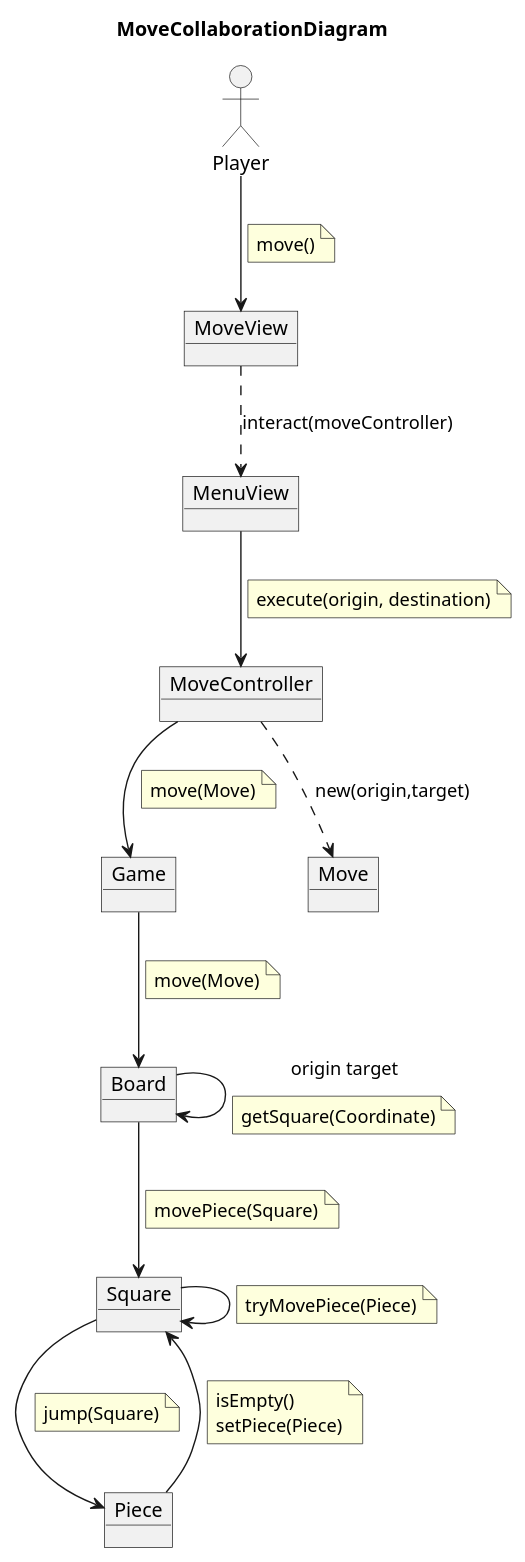
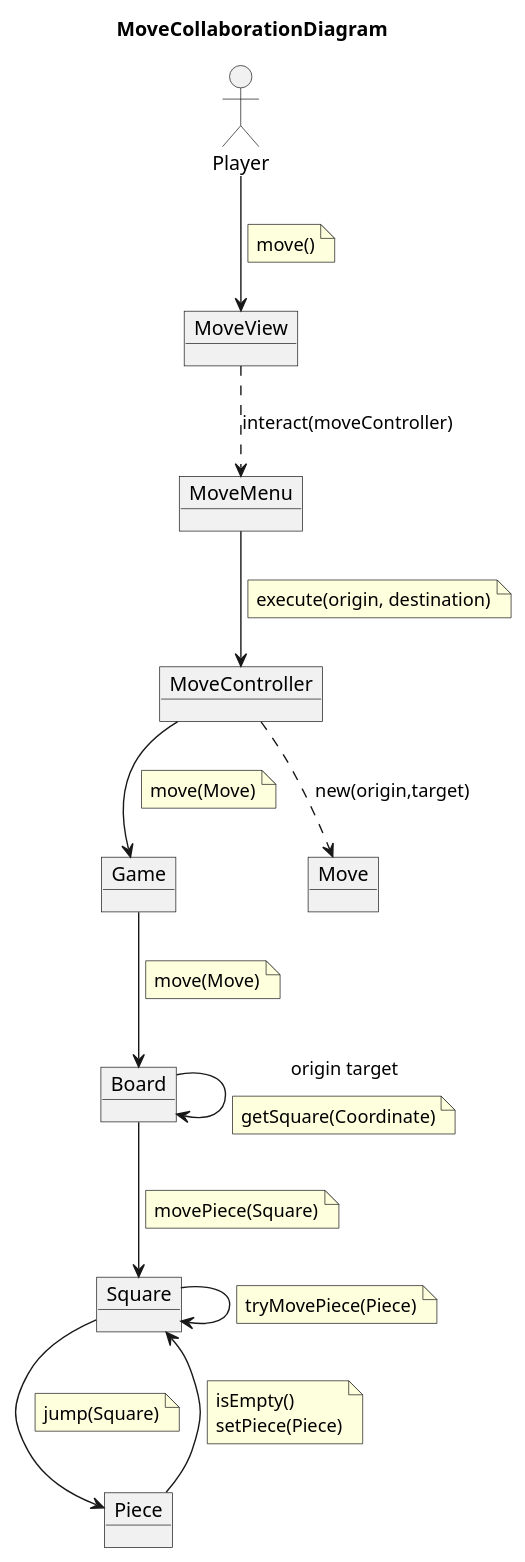
One commit to Master-Desarrollo-20-21/patrones-diseno---practica-final---juego-de-las-damas-fraylopez changed the diagram in docs/src/analysis/use-cases/move-colab.plantuml. Above: the diagram before and after it, drawn with PlantUML. The commit also changed 5 other files, not shown here.

```diff
--- a/docs/src/analysis/use-cases/move-colab.plantuml
+++ b/docs/src/analysis/use-cases/move-colab.plantuml
@@ -1,65 +1,65 @@
 @startuml MoveCollaborationDiagram
 title MoveCollaborationDiagram
 
 allow_mixing
 ' left to right direction
 
 actor Player
-object MenuView
+object MoveMenu
 object MoveView
 object MoveController
 object Game
 object Move
 object Board
 object Piece
 object Square
 
 Player --> MoveView
 note on link
     move()
 end note
-MoveView ..> MenuView : interact(moveController)
+MoveView ..> MoveMenu : interact(moveController)
 
-MenuView --> MoveController
+MoveMenu --> MoveController
 note on link
     execute(origin, destination)
 end note
 
 MoveController --> Game
 note on link
     move(Move)
 end note
 
 MoveController ..> Move : new(origin,target)
 
 Game --> Board
 note on link
     move(Move)
 end note
 
 Square --> Piece
 note on link
     jump(Square)
 end note
 
 Board --> Board : origin target
 note on link
     getSquare(Coordinate)
 end note
 
 Board --> Square
 note on link
     movePiece(Square)
 end note
 
 Square --> Square
 note on link
     tryMovePiece(Piece)
 end note
 
 Piece --> Square
 note on link
     isEmpty()
     setPiece(Piece)
 end note
 @enduml
```
